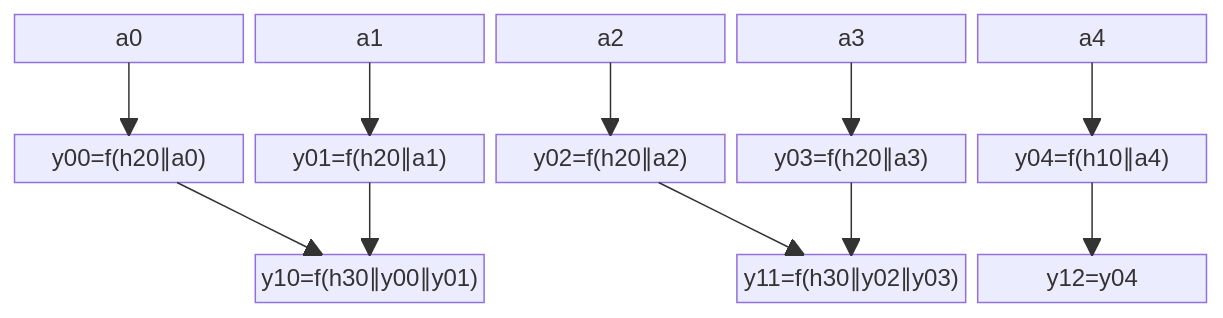
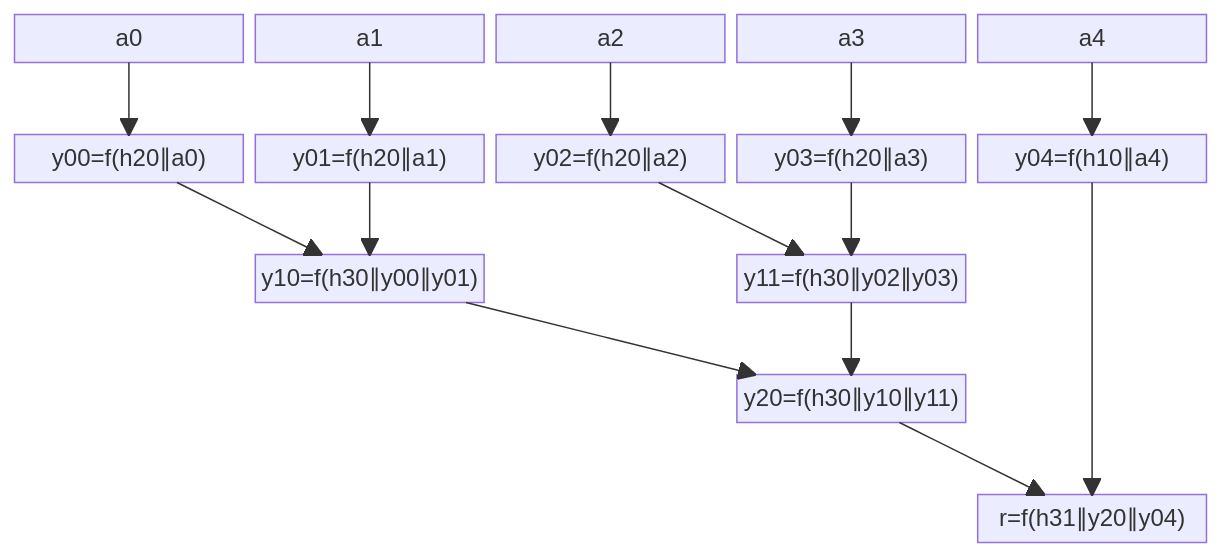
The second of 2 diagrams in notes/hash.md (sergey-shandar/public), drawn with Mermaid before and after one commit. The commit also changed other lines of this file, not shown here.

````diff
--- a/notes/hash.md
+++ b/notes/hash.md
@@ -75,19 +75,26 @@
 ```mermaid
 block-beta
   columns 5
   a0                   a1                        a2                   a3                        a4
   space:5
   y00["y00=f(h20∥a0)"] y01["y01=f(h20∥a1)"]      y02["y02=f(h20∥a2)"] y03["y03=f(h20∥a3)"]      y04["y04=f(h10∥a4)"]
   space:5
-  space                y10["y10=f(h30∥y00∥y01)"] space                y11["y11=f(h30∥y02∥y03)"] y12["y12=y04"]             
+  space                y10["y10=f(h30∥y00∥y01)"] space                y11["y11=f(h30∥y02∥y03)"] space
+  space:5
+  space                space                     space                y20["y20=f(h30∥y10∥y11)"] space
+  space:5
+  space                space                     space                space                     r["r=f(h31∥y20∥y04)"]        
   a0-->y00
   a1-->y01
   a2-->y02
   a3-->y03
   a4-->y04
   y00-->y10
   y01-->y10
   y02-->y11
   y03-->y11
-  y04-->y12
+  y10-->y20
+  y11-->y20
+  y20-->r
+  y04-->r
 ```
````
